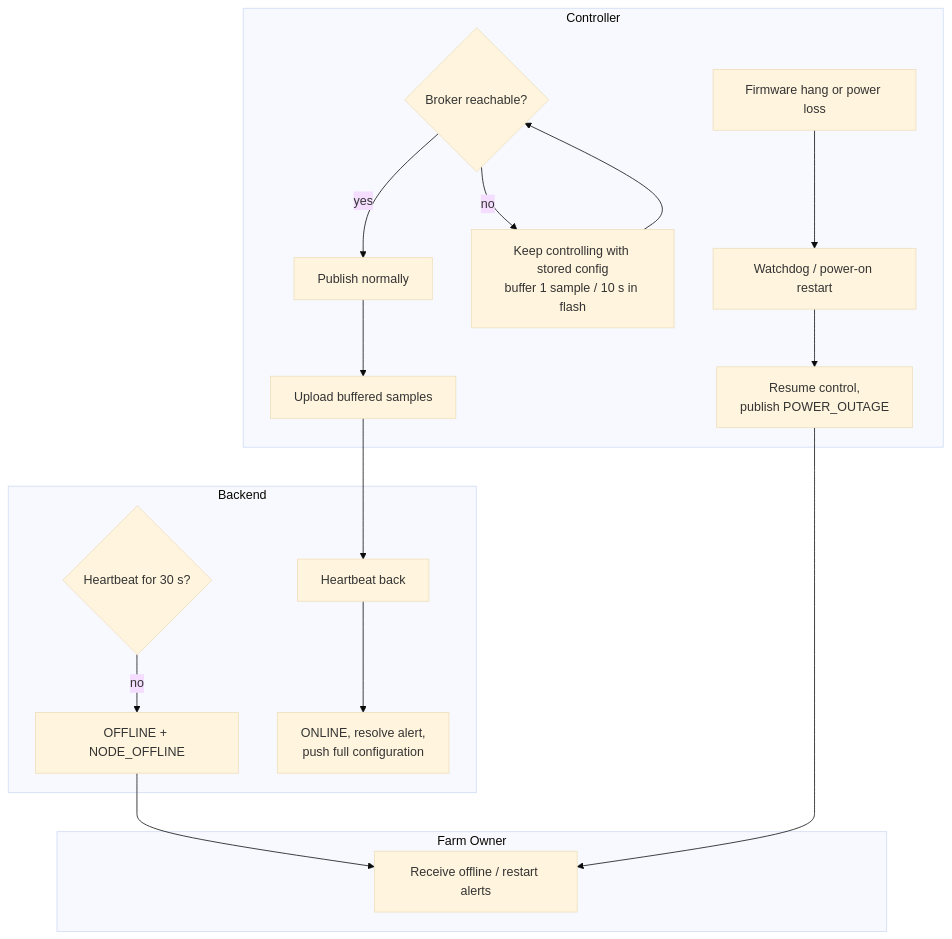
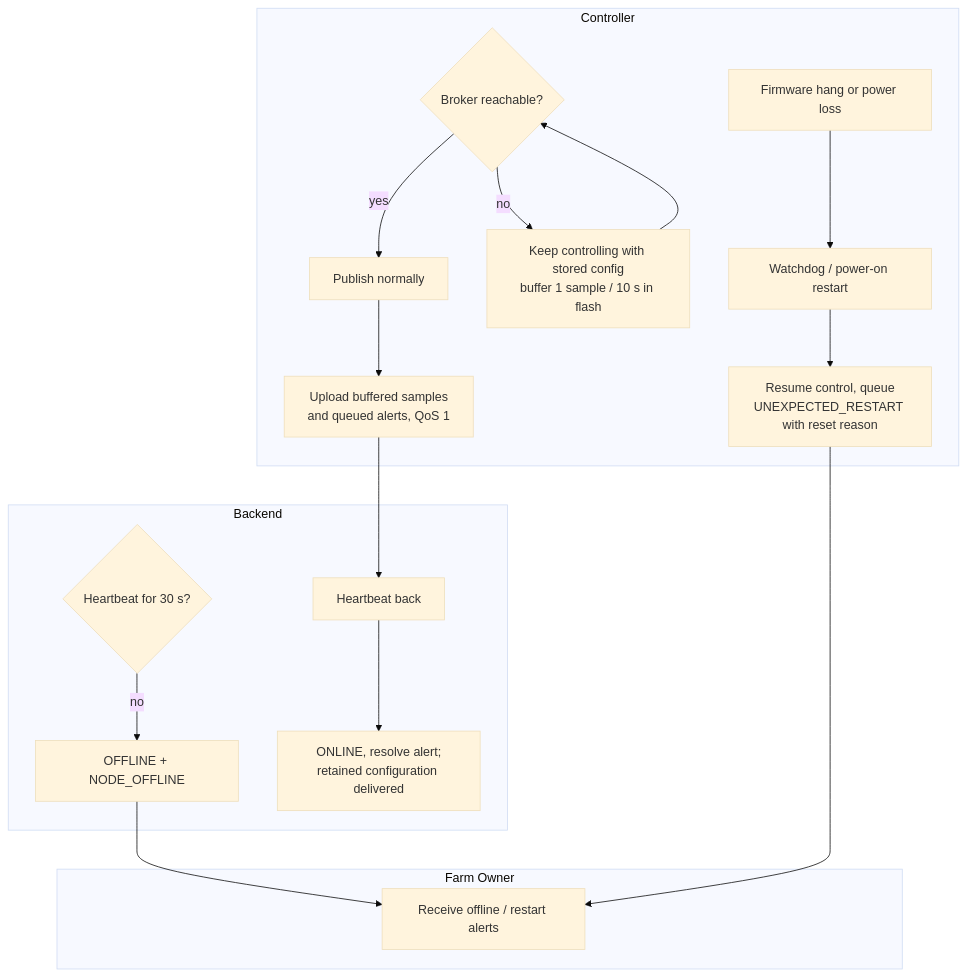
Diagram 23 of 35 in docs/reports/report4-sdd.md (NBao261/SwiftletCare_KLTN), drawn with Mermaid (base theme) before and after one commit. The commit also changed other lines of this file and 21 other files, not shown here.

````diff
--- a/docs/reports/report4-sdd.md
+++ b/docs/reports/report4-sdd.md
@@ -919,21 +1042,21 @@
 ```mermaid
 flowchart TB
   subgraph C[Controller]
     A1{Broker reachable?} -- yes --> A2[Publish normally]
     A1 -- no --> A3[Keep controlling with stored config<br/>buffer 1 sample / 10 s in flash]
     A3 --> A1
     A4[Firmware hang or power loss] --> A5[Watchdog / power-on restart]
-    A5 --> A6[Resume control,<br/>publish POWER_OUTAGE]
-    A2 --> A7[Upload buffered samples]
+    A5 --> A6[Resume control, queue<br/>UNEXPECTED_RESTART with reset reason]
+    A2 --> A7[Upload buffered samples<br/>and queued alerts, QoS 1]
   end
   subgraph B[Backend]
     B1{Heartbeat for 30 s?} -- no --> B2[OFFLINE + NODE_OFFLINE]
-    B3[Heartbeat back] --> B4[ONLINE, resolve alert,<br/>push full configuration]
+    B3[Heartbeat back] --> B4[ONLINE, resolve alert;<br/>retained configuration delivered]
   end
   subgraph O[Farm Owner]
     O1[Receive offline / restart alerts]
   end
   B2 --> O1
   A6 --> O1
   A7 --> B3
 ```
````
